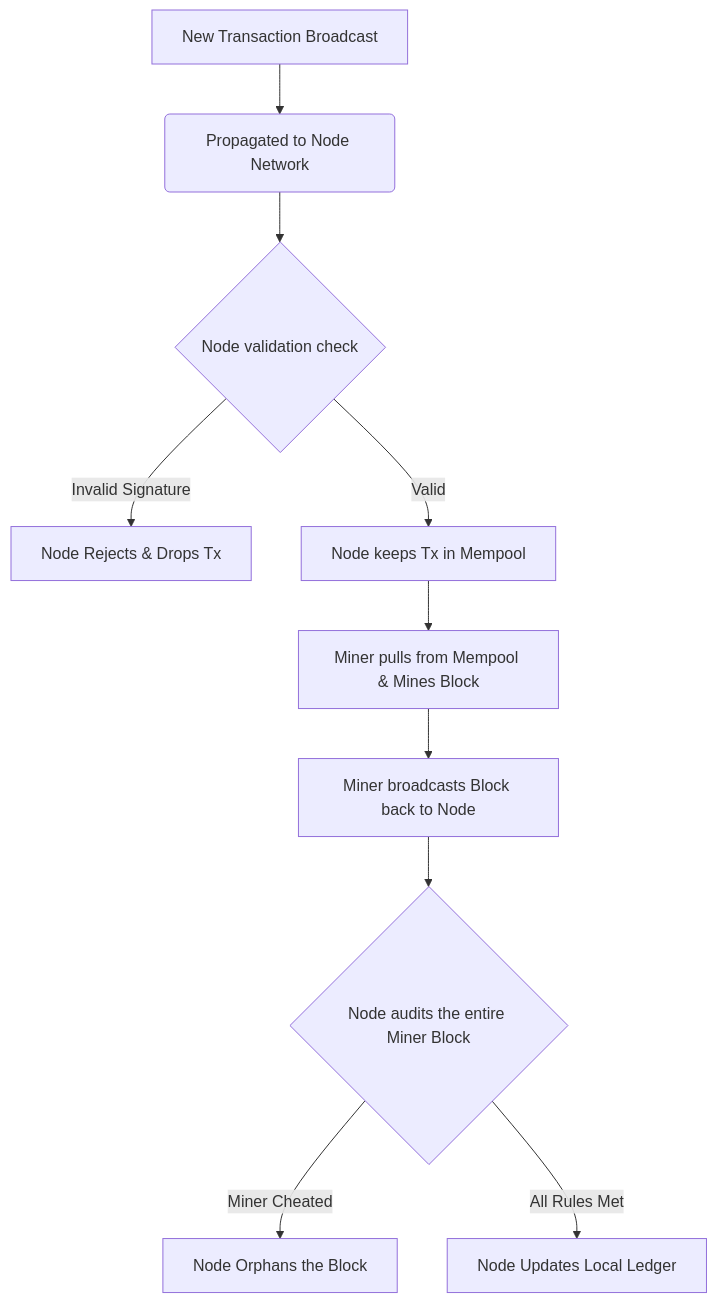
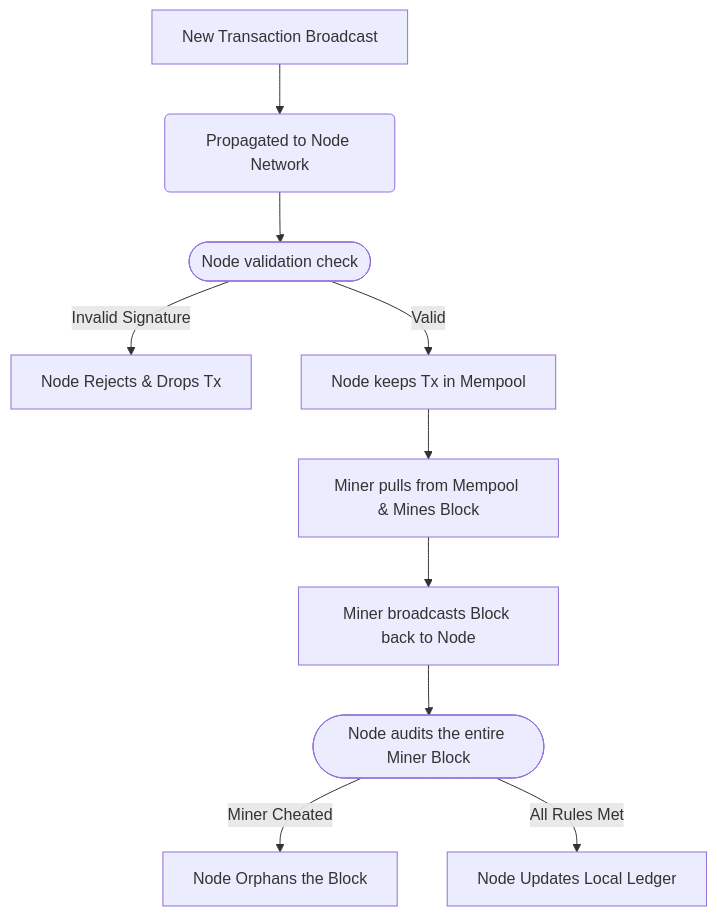
The diagram in src/content/blog/en/what-is-a-bitcoin-node.mdx (annabraun015-stack/krypto-watch), drawn with Mermaid before and after one commit. The commit also changed other lines of this file and 53 other files, not shown here.

```diff
--- a/src/content/blog/en/what-is-a-bitcoin-node.mdx
+++ b/src/content/blog/en/what-is-a-bitcoin-node.mdx
@@ -72,12 +72,12 @@
 <div class="mermaid">
 graph TD
     A[New Transaction Broadcast] --> B(Propagated to Node Network)
-    B --> C{Node validation check}
+    B --> C([Node validation check])
     C --> |Invalid Signature| D[Node Rejects & Drops Tx]
     C --> |Valid| E[Node keeps Tx in Mempool]
     E --> F[Miner pulls from Mempool & Mines Block]
     F --> G[Miner broadcasts Block back to Node]
-    G --> H{Node audits the entire Miner Block}
+    G --> H([Node audits the entire Miner Block])
     H --> |Miner Cheated| I[Node Orphans the Block]
     H --> |All Rules Met| J[Node Updates Local Ledger]
 </div>
```
